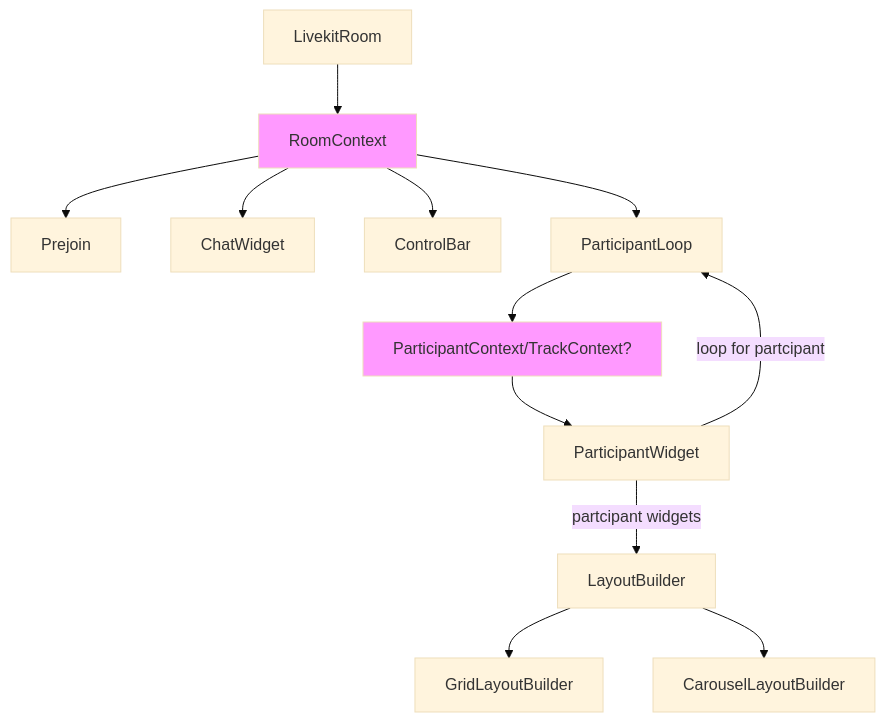
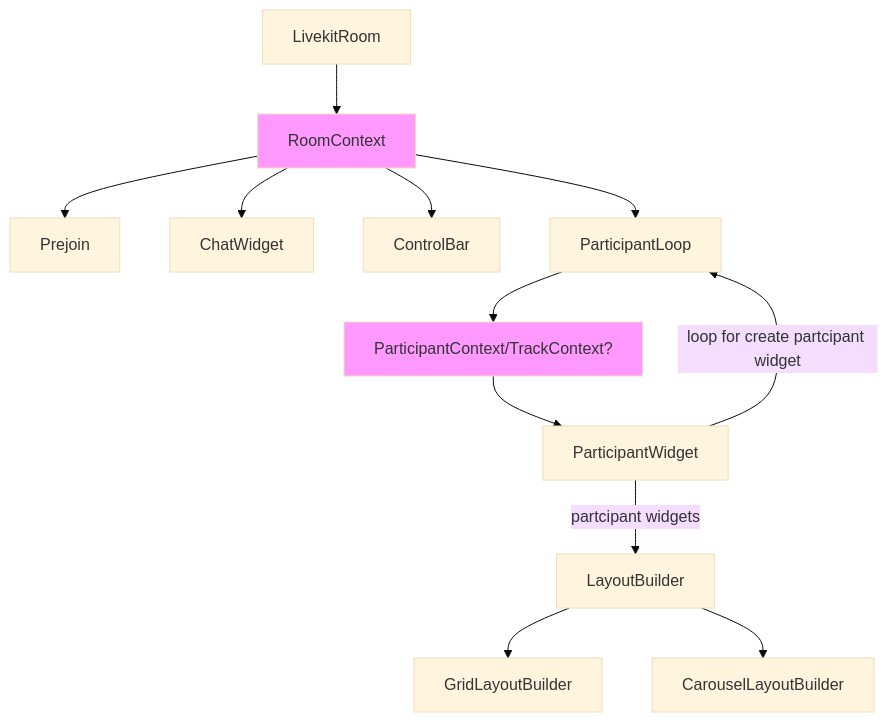
One commit to vineeth-vk11/components-flutter changed the first of 4 diagrams in docs/flowchart.md. Above: the diagram before and after it, drawn with Mermaid (base theme). The commit also changed other lines of this file, not shown here.

````diff
--- a/docs/flowchart.md
+++ b/docs/flowchart.md
@@ -5,16 +5,16 @@
 ```mermaid
 flowchart TD
     A[LivekitRoom] --> B[RoomContext]
     style B fill:#f9f
     B --> D0[Prejoin]
     B --> D1[ChatWidget]
     B --> D2[ControlBar]
     B --> C1[ParticipantLoop]
     C1 --> C2[ParticipantContext/TrackContext?]
     style C2 fill:#f9f
     C2 --> H[ParticipantWidget]
-    H --> |loop for partcipant| C1
+    H --> |loop for create partcipant widget| C1
     H --> |partcipant widgets| I[LayoutBuilder]
     I --> J[GridLayoutBuilder]
     I --> K[CarouselLayoutBuilder]
 ```
````
